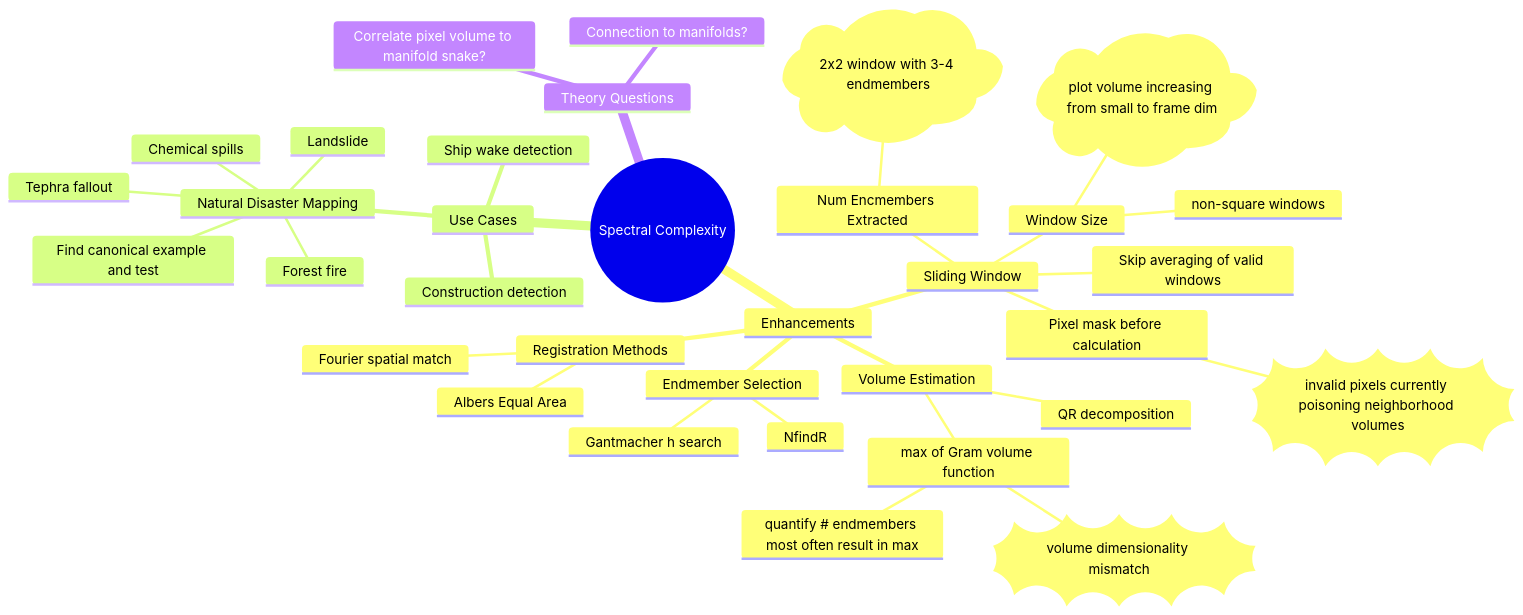
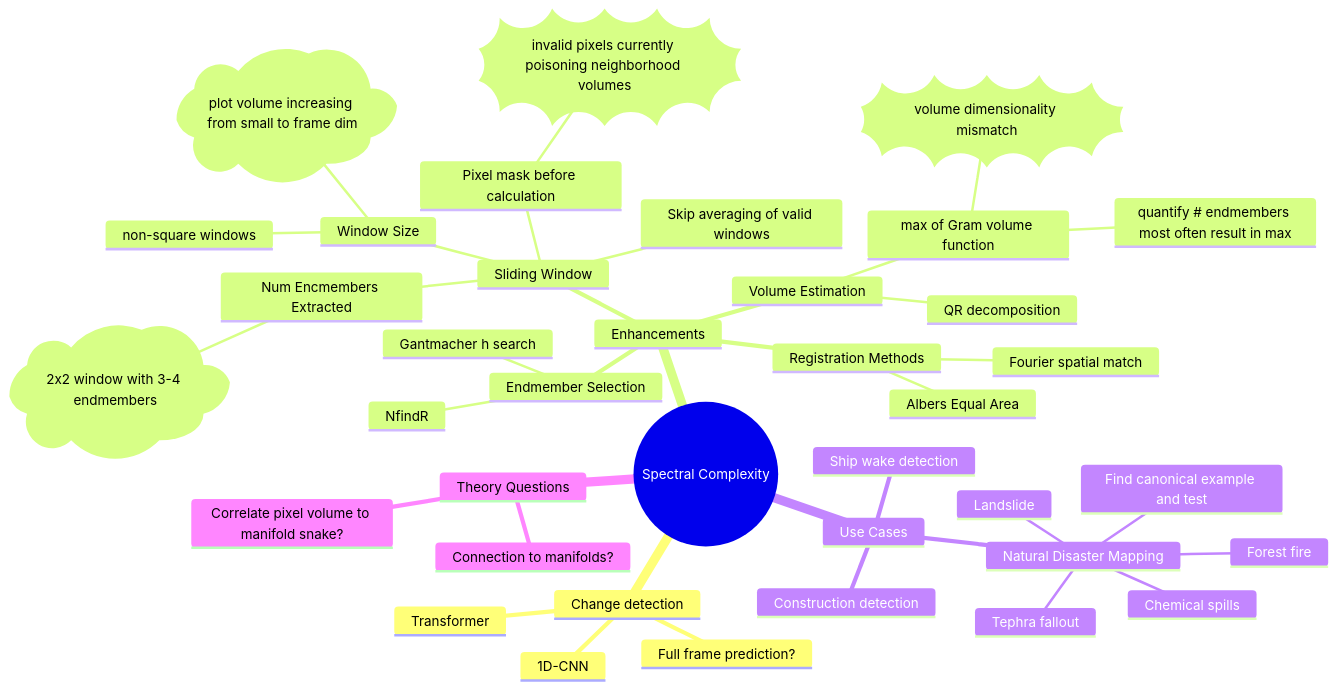
The diagram in research_paths.md (nickchiaratti/Spectral-Complexity-dev), drawn with Mermaid before and after one commit. The commit also changed 3 other files, not shown here.

````diff
--- a/research_paths.md
+++ b/research_paths.md
@@ -1,37 +1,41 @@
-::: mermaid
+```mermaid
 mindmap
   root((Spectral Complexity))
+    Change detection
+        1D-CNN
+        Transformer
+        Full frame prediction?
     Enhancements
         Sliding Window
             Num Encmembers Extracted
                 id)2x2 window with 3-4 endmembers(
             Window Size
                 id)plot volume increasing from small to frame dim(
                 non-square windows
             Skip averaging of valid windows
             Pixel mask before calculation
                 id))invalid pixels currently poisoning neighborhood volumes((
         Endmember Selection
             Gantmacher h search
             NfindR
         Registration Methods
             Albers Equal Area
             Fourier spatial match
         Volume Estimation
             QR decomposition
             max of Gram volume function
                 id))volume dimensionality mismatch((
                 quantify # endmembers most often result in max
     Use Cases
         Construction detection
         Ship wake detection
         Natural Disaster Mapping
             Find canonical example and test
             Landslide
             Forest fire
             Chemical spills
             Tephra fallout
     Theory Questions
         Connection to manifolds?
         Correlate pixel volume to manifold snake?
-:::
+```
````
